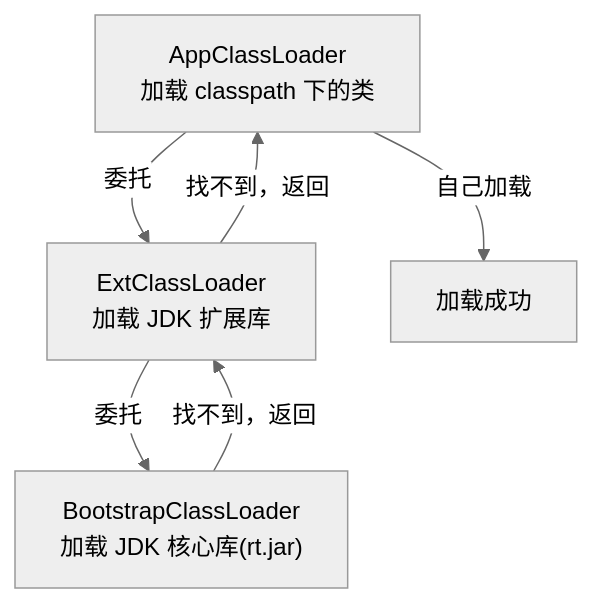
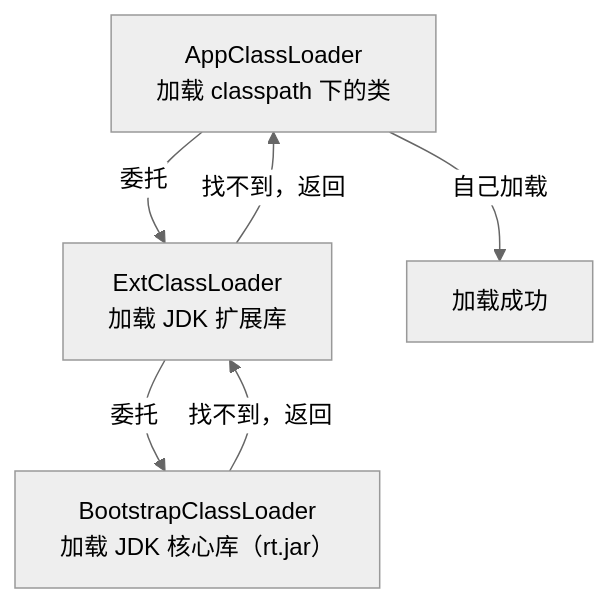
One commit to b1tzer/b1tzer.github.io changed the third of 6 diagrams in docs/01-java-basic/01-面向对象.md. Above: the diagram before and after it, drawn with Mermaid (neutral theme). The commit also changed other lines of this file and 2 other files, not shown here.

````diff
--- a/docs/01-java-basic/01-面向对象.md
+++ b/docs/01-java-basic/01-面向对象.md
@@ -173,8 +189,11 @@
 ```mermaid
 flowchart TD
-    App["AppClassLoader<br/>加载 classpath 下的类"] -->|"委托"| Ext["ExtClassLoader<br/>加载 JDK 扩展库"]
-    Ext -->|"委托"| Boot["BootstrapClassLoader<br/>加载 JDK 核心库(rt.jar)"]
+    App["AppClassLoader
+        加载 classpath 下的类"] -->|"委托"| Ext["ExtClassLoader
+        加载 JDK 扩展库"]
+    Ext -->|"委托"| Boot["BootstrapClassLoader
+        加载 JDK 核心库（rt.jar）"]
     Boot -->|"找不到，返回"| Ext
     Ext -->|"找不到，返回"| App
     App -->|"自己加载"| Result["加载成功"]
 ```
````
